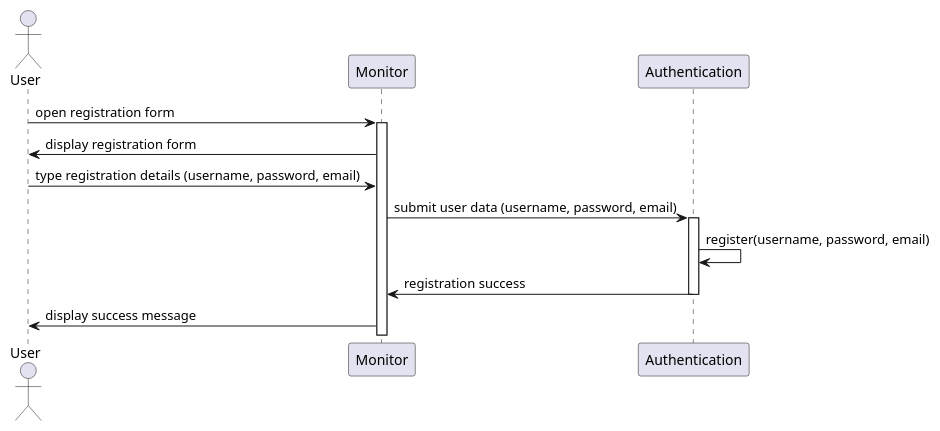
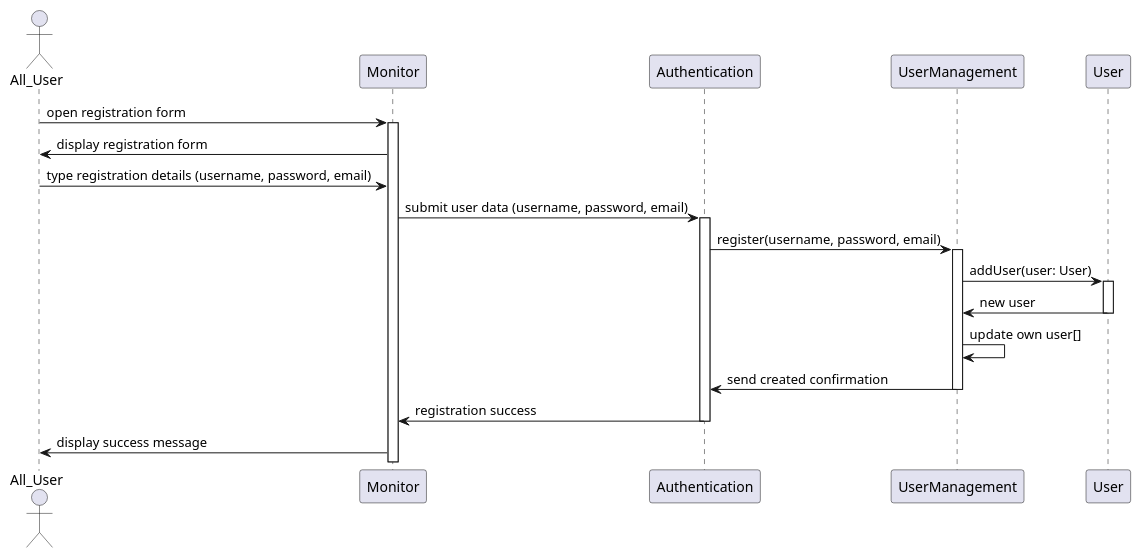
One commit to zuzu2307/Final_UML changed the diagram in src/registration.puml. Above: the diagram before and after it, drawn with PlantUML. The commit also changed 13 other files, not shown here.

```diff
--- a/src/registration.puml
+++ b/src/registration.puml
@@ -1,18 +1,30 @@
 @startuml
-actor User
+actor All_User
 participant Monitor
 participant Authentication
+participant UserManagement
+participant User
 
-User -> Monitor: open registration form
+
+
+All_User -> Monitor: open registration form
 activate Monitor
-Monitor -> User: display registration form
+Monitor -> All_User: display registration form
 
-User -> Monitor: type registration details (username, password, email)
+All_User -> Monitor: type registration details (username, password, email)
 Monitor -> Authentication: submit user data (username, password, email)
 activate Authentication
-Authentication -> Authentication: register(username, password, email)
+Authentication -> UserManagement: register(username, password, email)
+activate UserManagement
+UserManagement -> User: addUser(user: User)
+activate User
+User -> UserManagement: new user
+deactivate User
+UserManagement -> UserManagement: update own user[]
+UserManagement -> Authentication: send created confirmation
+deactivate UserManagement
 Authentication -> Monitor: registration success
 deactivate Authentication
-Monitor -> User: display success message
+Monitor -> All_User: display success message
 
 @enduml
```
